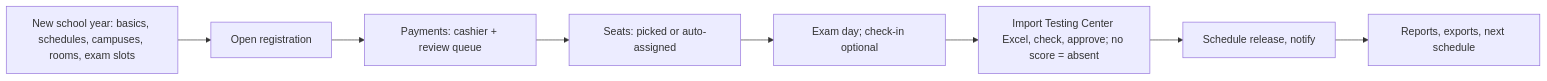
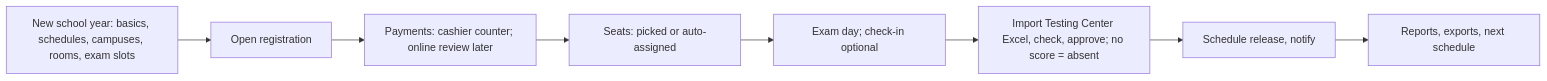
The third of 4 diagrams in docs/PRD.md (orbitsdev/sksu-tpt-v4), drawn with Mermaid before and after one commit. The commit also changed other lines of this file and 91 other files, not shown here.

Commit message:
Final gap check fixes: page states under the header, clear publish buttons, one exam slot per campus per day, pay-by deadline, In review wording, Prepare PDFs in the flows, 2026-layout Excel template, docs aligned

````diff
--- a/docs/PRD.md
+++ b/docs/PRD.md
@@ -254,10 +216,10 @@
 ```mermaid
 flowchart LR
     S1[New school year: basics, schedules, campuses, rooms, exam slots] --> S2[Open registration]
-    S2 --> S3[Payments: cashier + review queue]
+    S2 --> S3[Payments: cashier counter; online review later]
     S3 --> S4[Seats: picked or auto-assigned]
     S4 --> S5[Exam day; check-in optional]
     S5 --> S6[Import Testing Center Excel, check, approve; no score = absent]
     S6 --> S7[Schedule release, notify]
     S7 --> S8[Reports, exports, next schedule]
 ```
````
